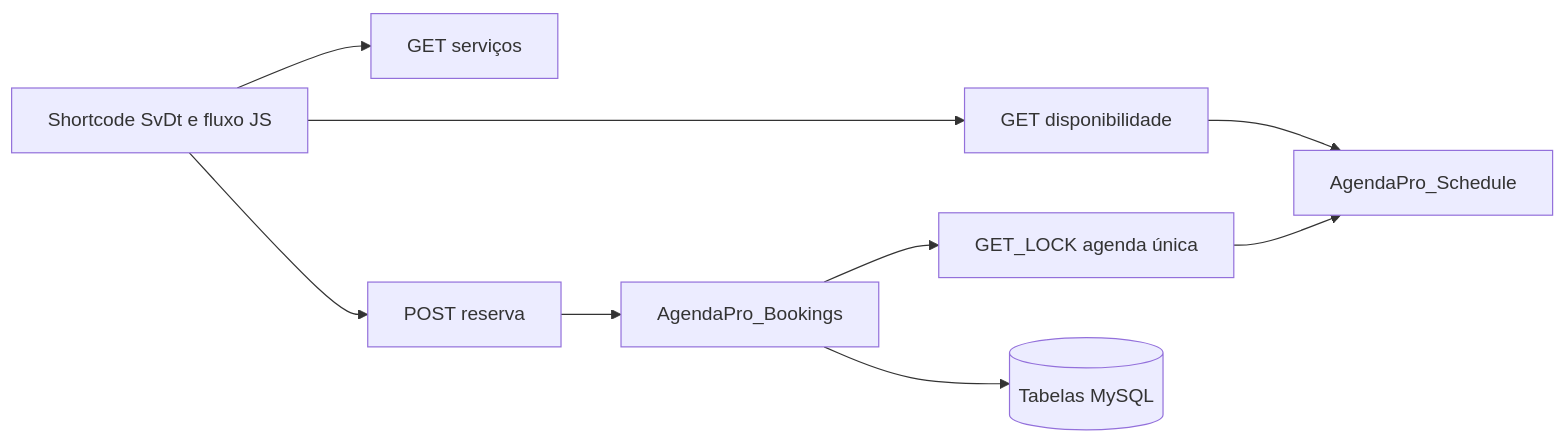
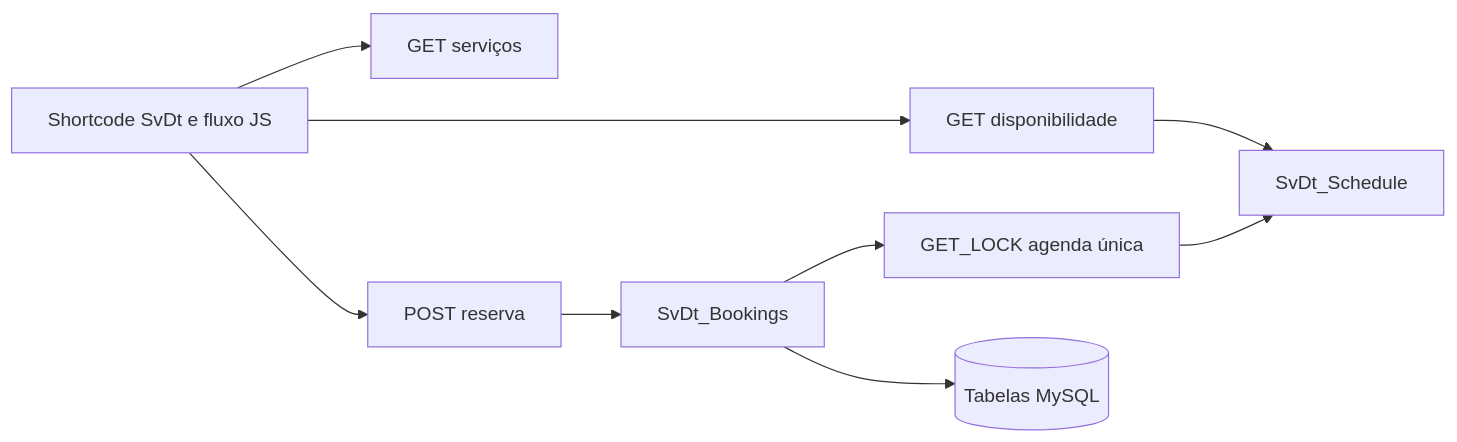
The diagram in docs/architecture.md (caiussord/SvDt), drawn with Mermaid before and after one commit. The commit also changed other lines of this file and 21 other files, not shown here.

````diff
--- a/docs/architecture.md
+++ b/docs/architecture.md
@@ -5,11 +5,11 @@
 ```mermaid
 flowchart LR
   UI[Shortcode SvDt e fluxo JS] --> Services[GET serviços]
   UI --> Slots[GET disponibilidade]
   UI --> Create[POST reserva]
-  Slots --> Schedule[AgendaPro_Schedule]
-  Create --> Booking[AgendaPro_Bookings]
+  Slots --> Schedule[SvDt_Schedule]
+  Create --> Booking[SvDt_Bookings]
   Booking --> Lock[GET_LOCK agenda única]
   Lock --> Schedule
   Booking --> DB[(Tabelas MySQL)]
 ```
````
